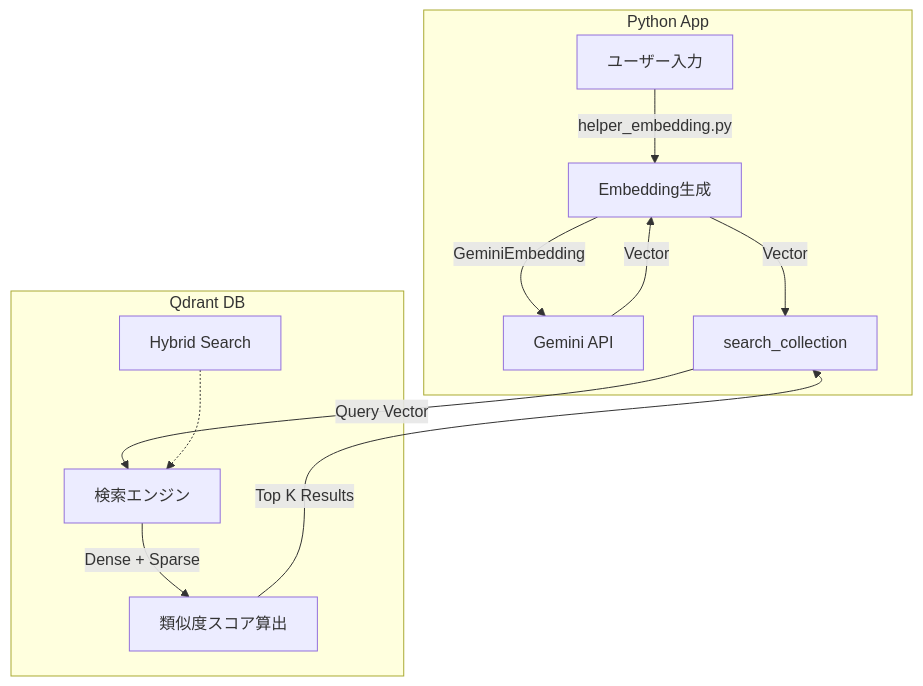
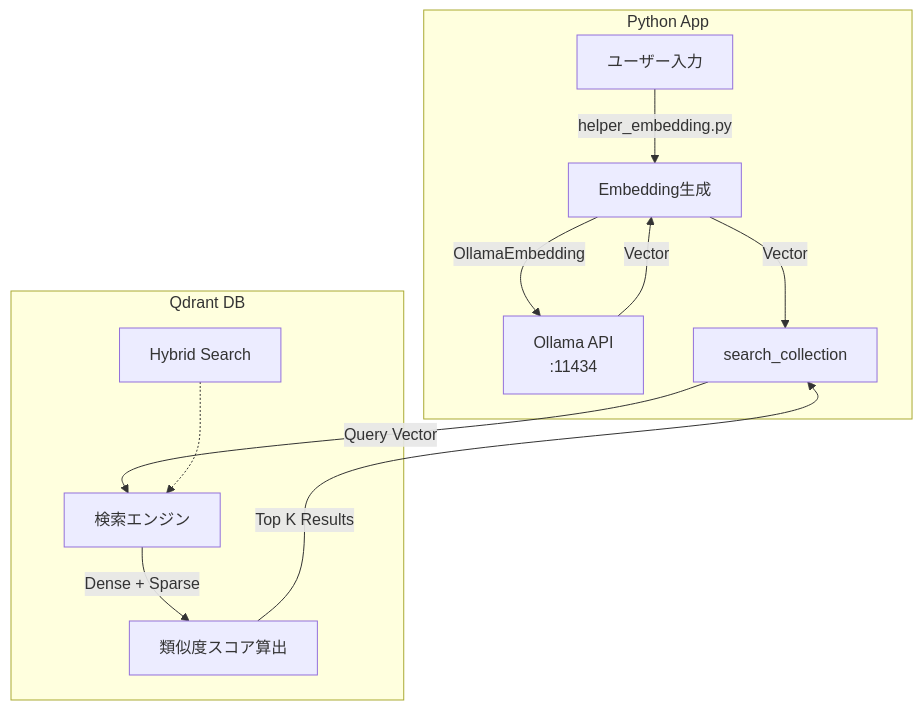
Before and after one commit to nakashima2toshio/ollama_grace_agent: the eighth of 10 diagrams in readme_react_reflection.md, drawn with Mermaid. The commit also changed other lines of this file, not shown here.

First line of the commit message:
docs: update readme_react_reflection.md from Gemini to Ollama backend

````diff
--- a/readme_react_reflection.md
+++ b/readme_react_reflection.md
@@ -716,16 +717,16 @@
 ```mermaid
 graph TD
     subgraph Python App
         Query[ユーザー入力] --> |helper_embedding.py| Embed[Embedding生成]
-        Embed --> |GeminiEmbedding| API[Gemini API]
+        Embed --> |OllamaEmbedding| API[Ollama API\n:11434]
         API --> |Vector| Embed
         Embed --> |Vector| Search[search_collection]
     end
 
     subgraph Qdrant DB
         Search --> |Query Vector| Engine[検索エンジン]
         Config[Hybrid Search] -.-> Engine
         Engine --> |Dense + Sparse| Score[類似度スコア算出]
         Score --> |Top K Results| Search
     end
 ```
````
